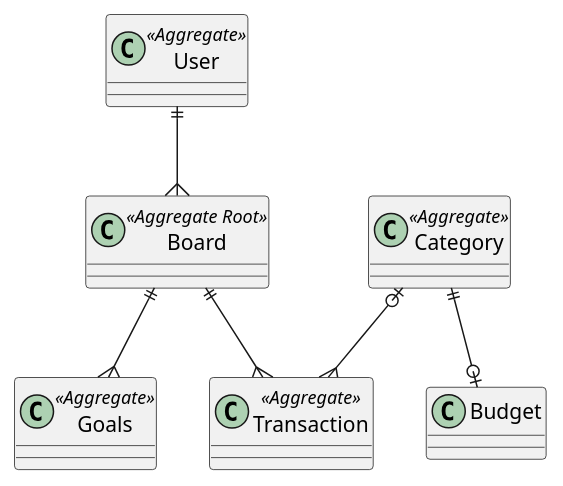
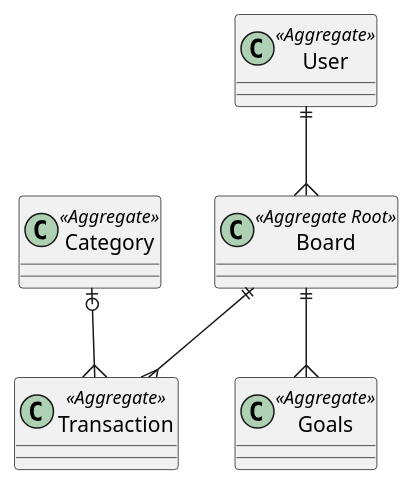
The second of 2 diagrams in docs/modules/develop/pages/requirements/domain-model.adoc (carpepal/MIBudget-back), drawn with PlantUML before and after one commit. The commit also changed other lines of this file and 11 other files, not shown here.

```diff
--- a/docs/modules/develop/pages/requirements/domain-model.adoc
+++ b/docs/modules/develop/pages/requirements/domain-model.adoc
@@ -21,16 +24,14 @@
 [plantuml]
 ....
     class User<<Aggregate>>
     class Board<<Aggregate Root>> 
     class Category<<Aggregate>>
-    class Budget
     class Transaction<<Aggregate>>
     class Goals<<Aggregate>>
 
 
     User ||--{ Board
     Board ||--{ Goals 
     Board ||--{ Transaction 
     Category |o--{ Transaction
-    Category ||--o| Budget
 ....
```
